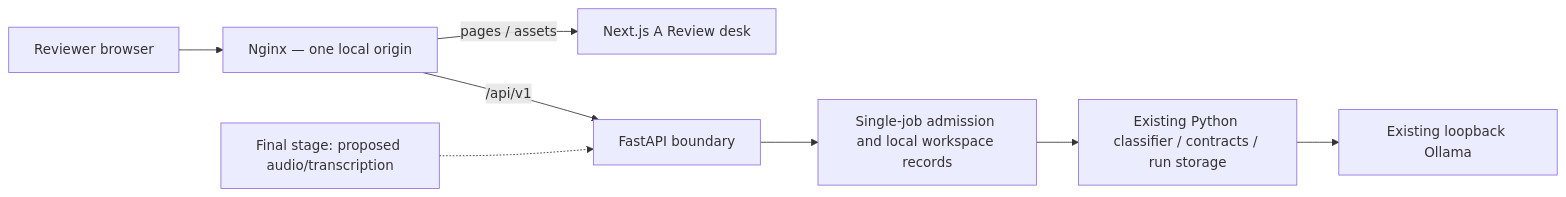
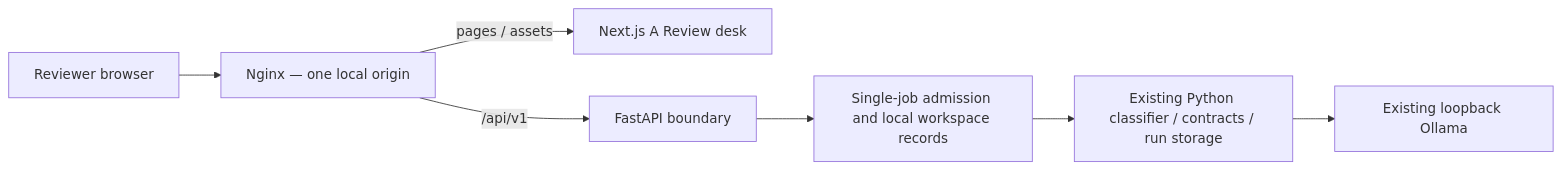
One commit to aidevcode9/voice-callback-review changed the seventh of 8 diagrams in docs/ARCHITECTURE.md. Above: the diagram before and after it, drawn with Mermaid. The commit also changed other lines of this file and 34 other files, not shown here.

````diff
--- a/docs/ARCHITECTURE.md
+++ b/docs/ARCHITECTURE.md
@@ -124,10 +120,9 @@
 ```mermaid
 flowchart LR
     Browser["Reviewer browser"] --> Nginx["Nginx — one local origin"]
     Nginx -->|pages / assets| Next["Next.js A Review desk"]
     Nginx -->|/api/v1| API["FastAPI boundary"]
     API --> Jobs["Single-job admission and local workspace records"]
     Jobs --> Core["Existing Python classifier / contracts / run storage"]
     Core --> Ollama["Existing loopback Ollama"]
-    Final["Final stage: proposed audio/transcription"] -.-> API
 ```
````
